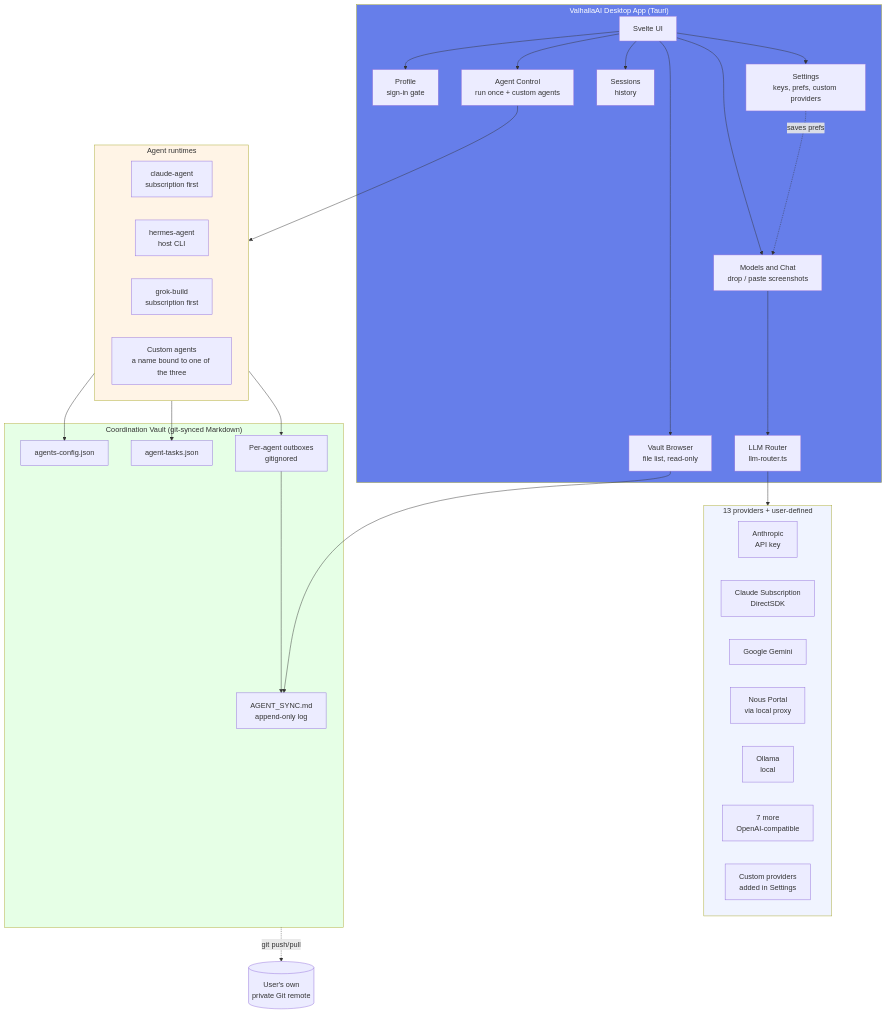
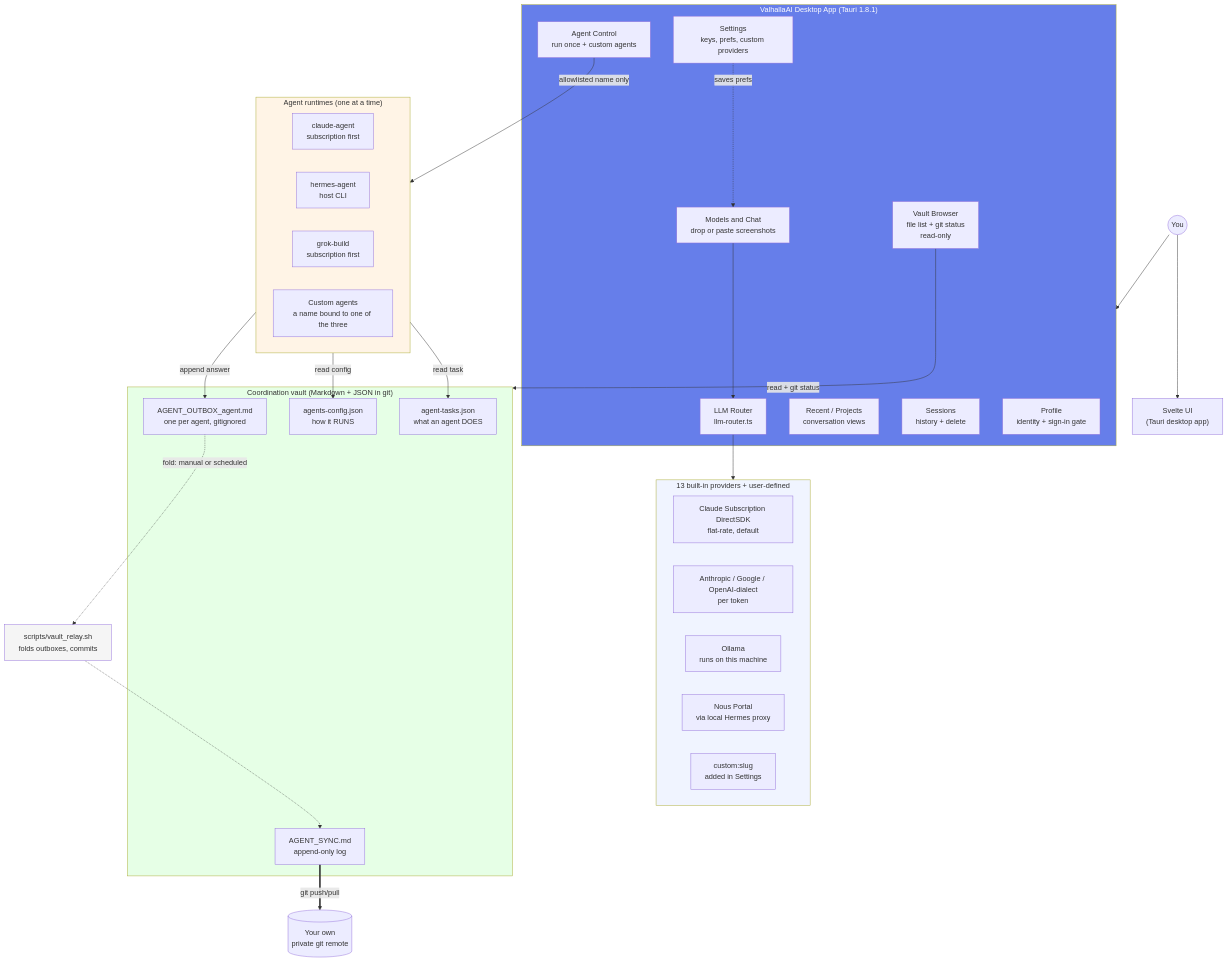
One commit to jacobcowanr/ValhallaAI changed the first of 10 diagrams in ARCHITECTURE.md. Above: the diagram before and after it, drawn with Mermaid. The commit also changed other lines of this file and 3 other files, not shown here.

Commit message:
Rewrite all four docs with detailed diagrams and verified facts

````diff
--- a/ARCHITECTURE.md
+++ b/ARCHITECTURE.md
@@ -17,64 +46,71 @@
 ```mermaid
 graph TB
-    subgraph Desktop["ValhallaAI Desktop App (Tauri)"]
-        UI[Svelte UI]
-        Profile[Profile<br/>sign-in gate]
-        Settings[Settings<br/>keys, prefs, custom providers]
-        ModelPicker[Models and Chat<br/>drop / paste screenshots]
-        Sessions[Sessions<br/>history]
-        VaultBrowser[Vault Browser<br/>file list, read-only]
-        AgentControl[Agent Control<br/>run once + custom agents]
-        Router[LLM Router<br/>llm-router.ts]
+    accTitle: ValhallaAI system map
+    accDescr {
+        You use one desktop app that does three jobs. Models and Chat talks to
+        thirteen providers through a single router. Agent Control starts one of
+        three agent runtimes, which reads its task and its configuration from
+        the vault, runs once, and appends its answer to its own outbox file.
+        A relay folds those outboxes into the shared append-only coordination
+        log, which is a git working tree mirrored to your own private remote.
+        The Vault Browser reads that folder and reports git status; it does not
+        push or pull. Settings and Profile hold configuration and identity and
+        deliberately do not import each other.
+    }
+    You((You)) --> UI["Svelte UI<br/>(Tauri desktop app)"]
+
+    subgraph Desktop["ValhallaAI Desktop App (Tauri 1.8.1)"]
+        Profile["Profile<br/>identity + sign-in gate"]
+        ModelPicker["Models and Chat<br/>drop or paste screenshots"]
+        RecentProj["Recent / Projects<br/>conversation views"]
+        Sessions["Sessions<br/>history + delete"]
+        AgentControl["Agent Control<br/>run once + custom agents"]
+        VaultBrowser["Vault Browser<br/>file list + git status<br/>read-only"]
+        Settings["Settings<br/>keys, prefs, custom providers"]
+        Router["LLM Router<br/>llm-router.ts"]
     end
 
-    subgraph Providers["13 providers + user-defined"]
-        direction LR
-        P1[Anthropic<br/>API key]
-        P2[Claude Subscription<br/>DirectSDK]
-        P3[Google Gemini]
-        P4[Nous Portal<br/>via local proxy]
-        P5[Ollama<br/>local]
-        P6[7 more<br/>OpenAI-compatible]
-        P7[Custom providers<br/>added in Settings]
+    subgraph Providers["13 built-in providers + user-defined"]
+        PSub["Claude Subscription DirectSDK<br/>flat-rate, default"]
+        PKey["Anthropic / Google / OpenAI-dialect<br/>per token"]
+        PLocal["Ollama<br/>runs on this machine"]
+        PProxy["Nous Portal<br/>via local Hermes proxy"]
+        PCustom["custom:slug<br/>added in Settings"]
     end
 
-    subgraph Runtime["Agent runtimes"]
-        direction LR
-        A1[claude-agent<br/>subscription first]
-        A2[hermes-agent<br/>host CLI]
-        A3[grok-build<br/>subscription first]
-        A4[Custom agents<br/>a name bound to one of the three]
+    subgraph Runtimes["Agent runtimes (one at a time)"]
+        A1["claude-agent<br/>subscription first"]
+        A2["hermes-agent<br/>host CLI"]
+        A3["grok-build<br/>subscription first"]
+        A4["Custom agents<br/>a name bound to one of the three"]
     end
 
-    subgraph Vault["Coordination Vault (git-synced Markdown)"]
-        Sync[AGENT_SYNC.md<br/>append-only log]
-        Config[agents-config.json]
-        Tasks[agent-tasks.json]
-        Outbox[Per-agent outboxes<br/>gitignored]
+    subgraph Vault["Coordination vault (Markdown + JSON in git)"]
+        Tasks["agent-tasks.json<br/>what an agent DOES"]
+        Config["agents-config.json<br/>how it RUNS"]
+        Outbox["AGENT_OUTBOX_agent.md<br/>one per agent, gitignored"]
+        Sync["AGENT_SYNC.md<br/>append-only log"]
     end
 
-    UI --> Profile
-    UI --> Settings
-    UI --> ModelPicker
-    UI --> Sessions
-    UI --> VaultBrowser
-    UI --> AgentControl
+    Relay["scripts/vault_relay.sh<br/>folds outboxes, commits"]
+    Remote[("Your own<br/>private git remote")]
 
+    You --> Desktop
     ModelPicker --> Router
-    Settings -.saves prefs.-> ModelPicker
     Router --> Providers
-
-    AgentControl --> Runtime
-    Runtime --> Outbox
-    Runtime --> Config
-    Runtime --> Tasks
-    Outbox --> Sync
-    VaultBrowser --> Sync
-
-    Vault -. git push/pull .-> RemoteGit[(User's own<br/>private Git remote)]
+    Settings -.->|"saves prefs"| ModelPicker
+    AgentControl -->|"allowlisted name only"| Runtimes
+    Runtimes -->|"read task"| Tasks
+    Runtimes -->|"read config"| Config
+    Runtimes -->|"append answer"| Outbox
+    Outbox -.->|"fold: manual or scheduled"| Relay
+    Relay -.-> Sync
+    VaultBrowser -->|"read + git status"| Vault
+    Sync ==>|"git push/pull"| Remote
 
     style Desktop fill:#667eea,color:#fff
     style Providers fill:#f0f4ff
-    style Runtime fill:#fff4e6
+    style Runtimes fill:#fff4e6
     style Vault fill:#e6ffe6
+    style Relay fill:#f5f5f5
 ```
````
